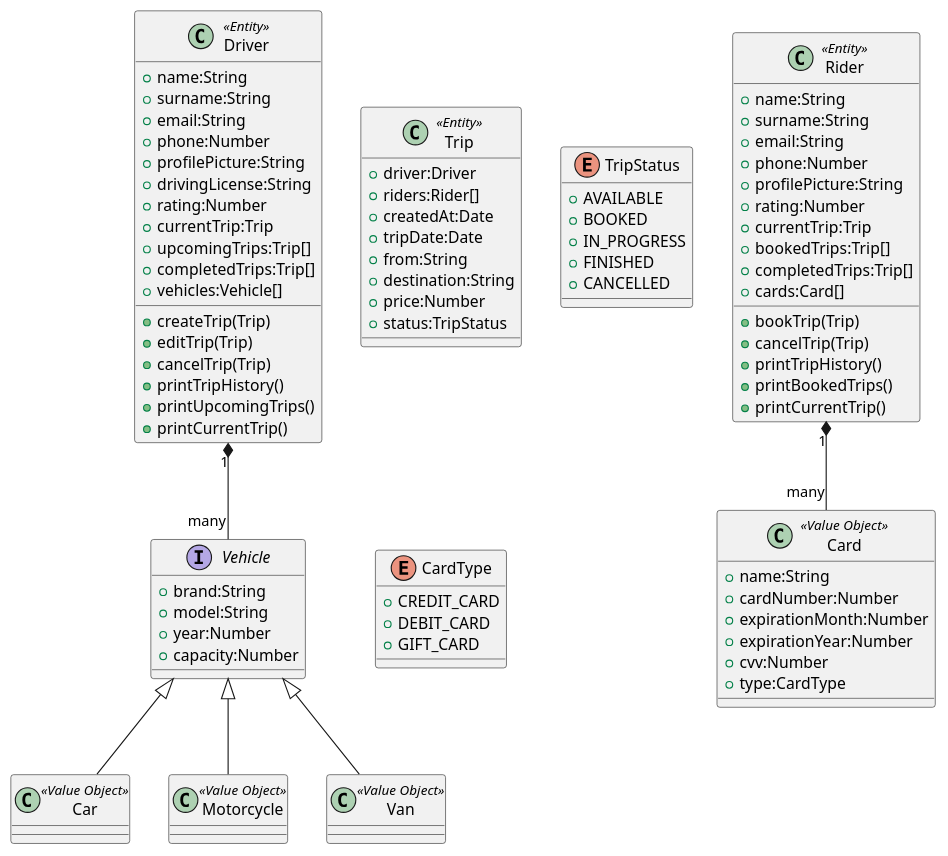
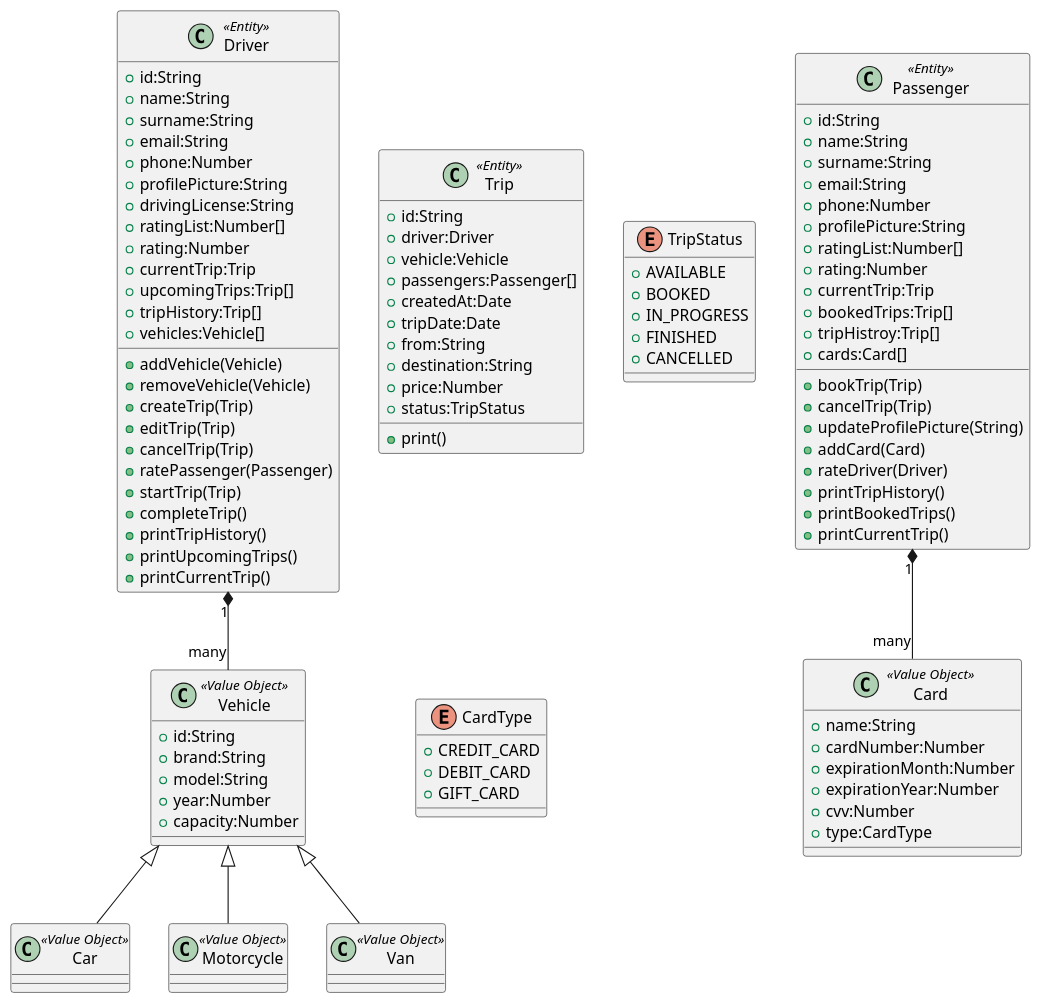
The diagram in class-diagram.puml (furkan-tan/tryp), drawn with PlantUML before and after one commit. The commit also changed 11 other files, not shown here.

```diff
--- a/class-diagram.puml
+++ b/class-diagram.puml
@@ -1,111 +1,128 @@
-@startuml
+@startuml Tryp
 
-class Rider <<Entity>>{
+class Passenger <<Entity>>{
+    +id:String
     +name:String
     +surname:String
     +email:String
     +phone:Number
     +profilePicture:String
+    +ratingList:Number[]
     +rating:Number
     +currentTrip:Trip
     +bookedTrips:Trip[]
-    +completedTrips:Trip[]
+    +tripHistroy:Trip[]
     +cards:Card[]
 
     +bookTrip(Trip)
     +cancelTrip(Trip)
+    +updateProfilePicture(String)
+    +addCard(Card)
+    +rateDriver(Driver)
     +printTripHistory()
     +printBookedTrips()
     +printCurrentTrip()
-    
+
 }
 
 class Driver <<Entity>>{
+    +id:String
     +name:String
     +surname:String
     +email:String
     +phone:Number
     +profilePicture:String
     +drivingLicense:String
+    +ratingList:Number[]
     +rating:Number
     +currentTrip:Trip
     +upcomingTrips:Trip[]
-    +completedTrips:Trip[]
+    +tripHistory:Trip[]
     +vehicles:Vehicle[]
 
+    +addVehicle(Vehicle)
+    +removeVehicle(Vehicle)
     +createTrip(Trip)
     +editTrip(Trip)
     +cancelTrip(Trip)
+    +ratePassenger(Passenger)
+    +startTrip(Trip)
+    +completeTrip()
     +printTripHistory()
     +printUpcomingTrips()
     +printCurrentTrip()
 }
 
-interface Vehicle{
+class Vehicle <<Value Object>>{
+    +id:String
     +brand:String
     +model:String
     +year:Number
     +capacity:Number
 }
 
 class Car <<Value Object>>{
-    
+
 }
 
 class Motorcycle <<Value Object>>{
 
 }
 
 class Van <<Value Object>>{
 
 }
 
 
 class Trip <<Entity>>{
+    +id:String
     +driver:Driver
-    +riders:Rider[]
+    +vehicle:Vehicle
+    +passengers:Passenger[]
     +createdAt:Date
     +tripDate:Date
     +from:String
     +destination:String
     +price:Number
     +status:TripStatus
+
+    +print()
 }
 
 
 
 enum TripStatus{
     +AVAILABLE
     +BOOKED
     +IN_PROGRESS
     +FINISHED
     +CANCELLED
 }
 
 
 
 class Card <<Value Object>>{
     +name:String
     +cardNumber:Number
     +expirationMonth:Number
     +expirationYear:Number
     +cvv:Number
     +type:CardType
 }
 
 enum CardType{
     +CREDIT_CARD
     +DEBIT_CARD
     +GIFT_CARD
 }
 
 Driver "1" *-- "many" Vehicle
 
-Rider "1" *-- "many" Card
+Passenger "1" *-- "many" Card
 
 
 Car -up-|> Vehicle
 Van -up-|> Vehicle
 Motorcycle -up-|> Vehicle
 
 @enduml
```
